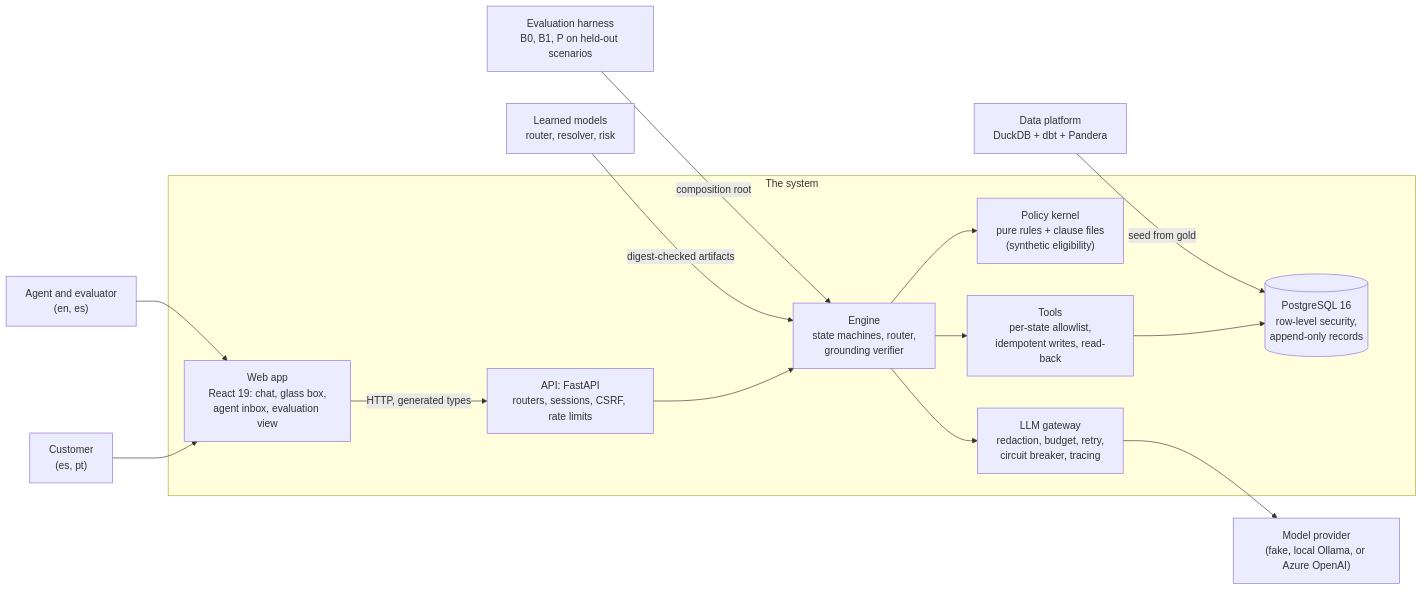
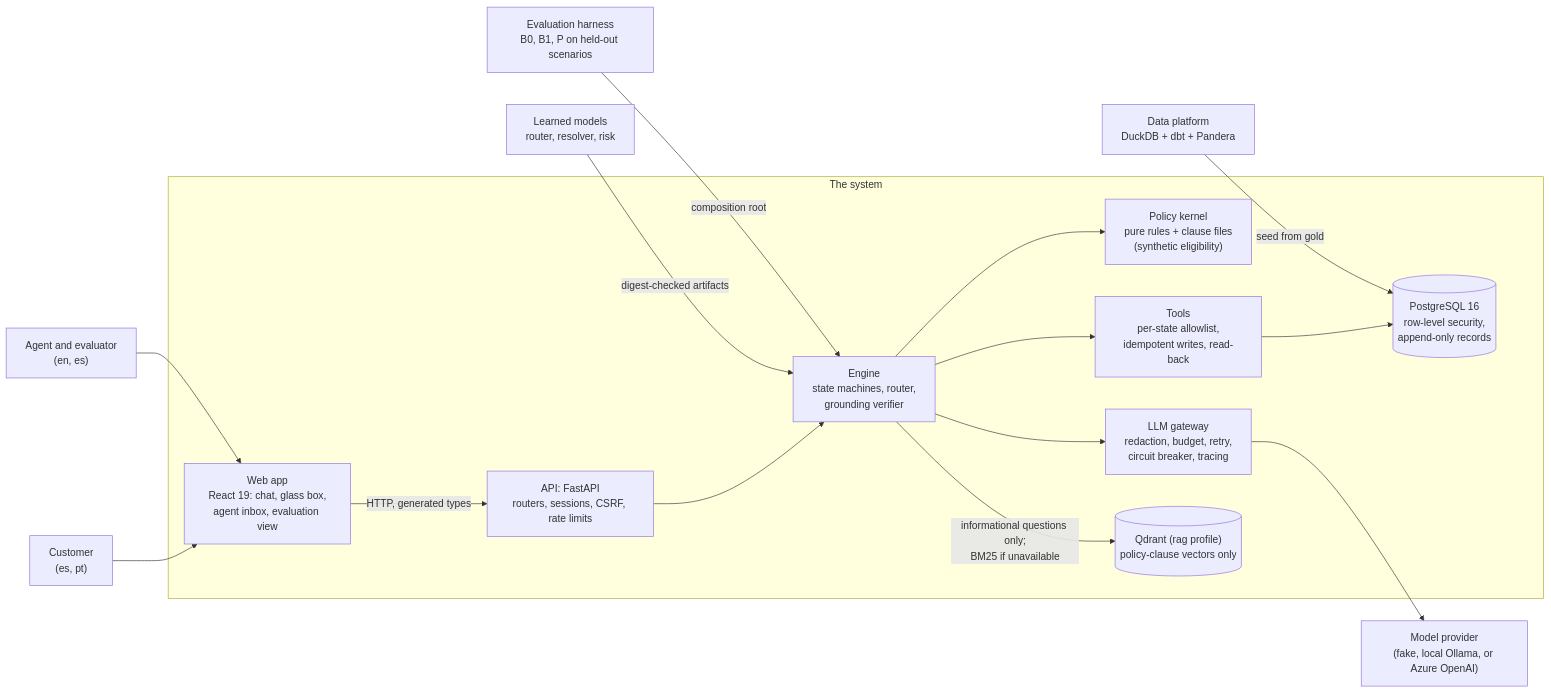
Before and after one commit to Youngermaster/factored-hackathon-2026-la-brasil-del-70: the second of 2 diagrams in README.md, drawn with Mermaid. The commit also changed other lines of this file and 2 other files, not shown here.

First line of the commit message:
docs: show Qdrant and embeddings in README and record live RAG check

````diff
--- a/README.md
+++ b/README.md
@@ -85,21 +95,23 @@
 ```mermaid
 flowchart LR
     customer["Customer<br/>(es, pt)"] --> web
     staff["Agent and evaluator<br/>(en, es)"] --> web
     subgraph system["The system"]
         web["Web app<br/>React 19: chat, glass box,<br/>agent inbox, evaluation view"]
         api["API: FastAPI<br/>routers, sessions, CSRF, rate limits"]
         engine["Engine<br/>state machines, router,<br/>grounding verifier"]
         policy["Policy kernel<br/>pure rules + clause files<br/>(synthetic eligibility)"]
         tools["Tools<br/>per-state allowlist,<br/>idempotent writes, read-back"]
         gateway["LLM gateway<br/>redaction, budget, retry,<br/>circuit breaker, tracing"]
         pg[("PostgreSQL 16<br/>row-level security,<br/>append-only records")]
+        qdrant[("Qdrant (rag profile)<br/>policy-clause vectors only")]
     end
     web -- "HTTP, generated types" --> api --> engine
     engine --> policy
     engine --> tools --> pg
+    engine -- "informational questions only;<br/>BM25 if unavailable" --> qdrant
     engine --> gateway --> llm["Model provider<br/>(fake, local Ollama, or Azure OpenAI)"]
     data["Data platform<br/>DuckDB + dbt + Pandera"] -- "seed from gold" --> pg
     ml["Learned models<br/>router, resolver, risk"] -- "digest-checked artifacts" --> engine
     evals["Evaluation harness<br/>B0, B1, P on held-out scenarios"] -- "composition root" --> engine
 ```
````
